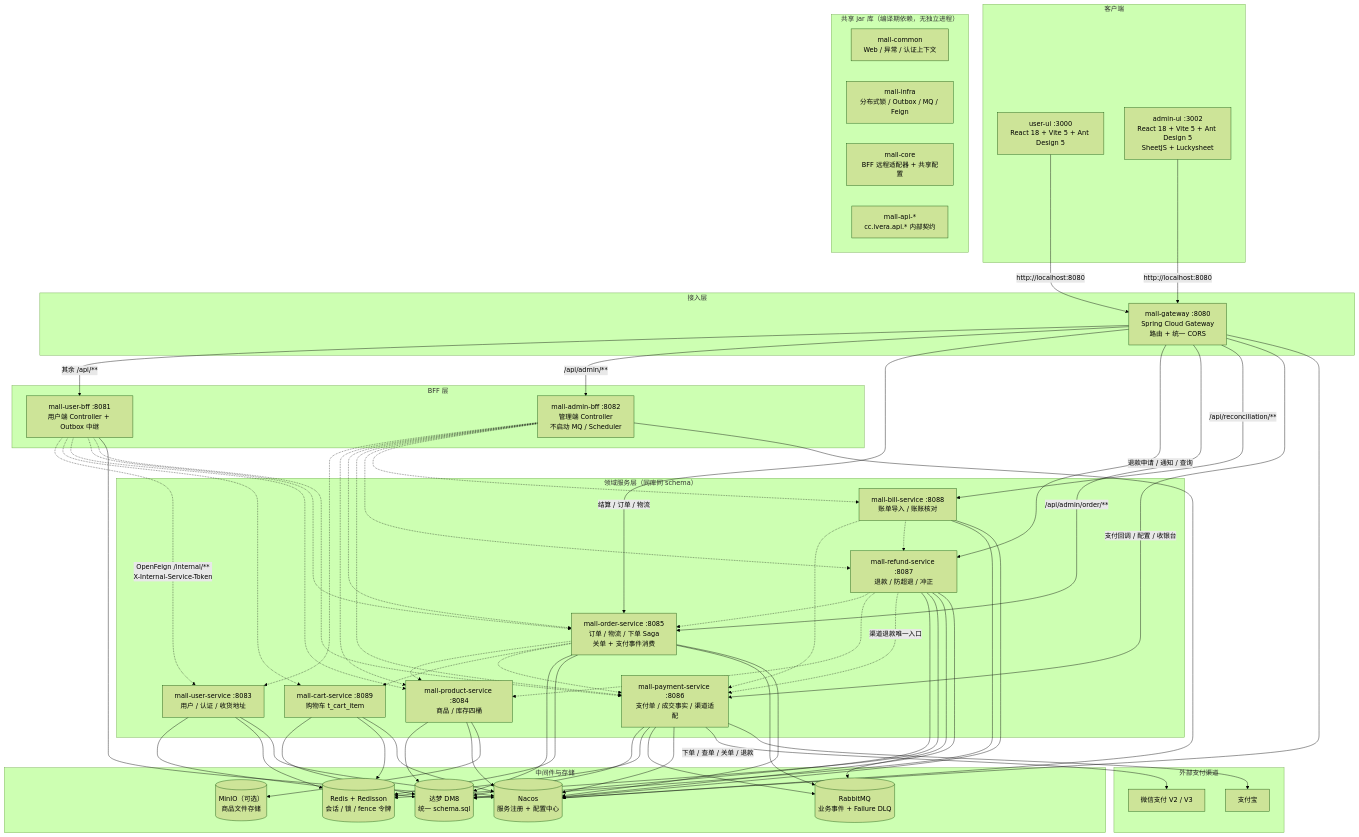
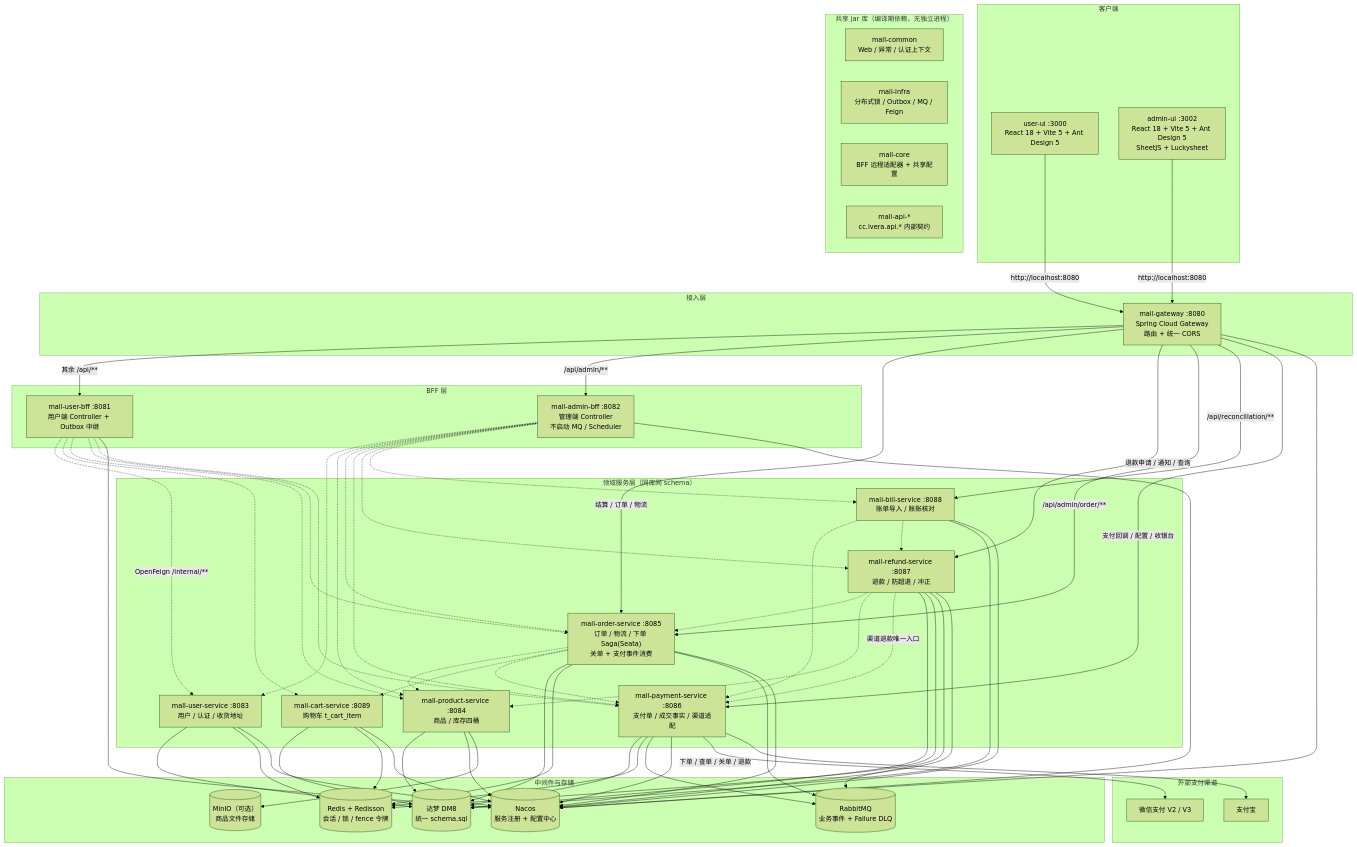
The first of 12 diagrams in CODE_INTRO.md (cpc-lib/mall), drawn with Mermaid (forest theme) before and after one commit. The commit also changed other lines of this file and 163 other files, not shown here.

```diff
--- a/CODE_INTRO.md
+++ b/CODE_INTRO.md
@@ -78,7 +78,7 @@
         USVC["mall-user-service :8083<br/>用户 / 认证 / 收货地址"]
         CSVC["mall-cart-service :8089<br/>购物车 t_cart_item"]
         PSVC["mall-product-service :8084<br/>商品 / 库存四桶"]
-        OSVC["mall-order-service :8085<br/>订单 / 物流 / 下单 Saga<br/>关单 + 支付事件消费"]
+        OSVC["mall-order-service :8085<br/>订单 / 物流 / 下单 Saga(Seata)<br/>关单 + 支付事件消费"]
         PAYSVC["mall-payment-service :8086<br/>支付单 / 成交事实 / 渠道适配"]
         RSVC["mall-refund-service :8087<br/>退款 / 防超退 / 冲正"]
         BSVC["mall-bill-service :8088<br/>账单导入 / 账账核对"]
@@ -115,7 +115,7 @@
     GWY -->|"/api/reconciliation/**"| BSVC
     GWY -->|"支付回调 / 配置 / 收银台"| PAYSVC
 
-    UBFF -.->|"OpenFeign /internal/**<br/>X-Internal-Service-Token"| USVC
+    UBFF -.->|"OpenFeign /internal/**"| USVC
     UBFF -.-> CSVC
     UBFF -.-> PSVC
     UBFF -.-> OSVC
```
